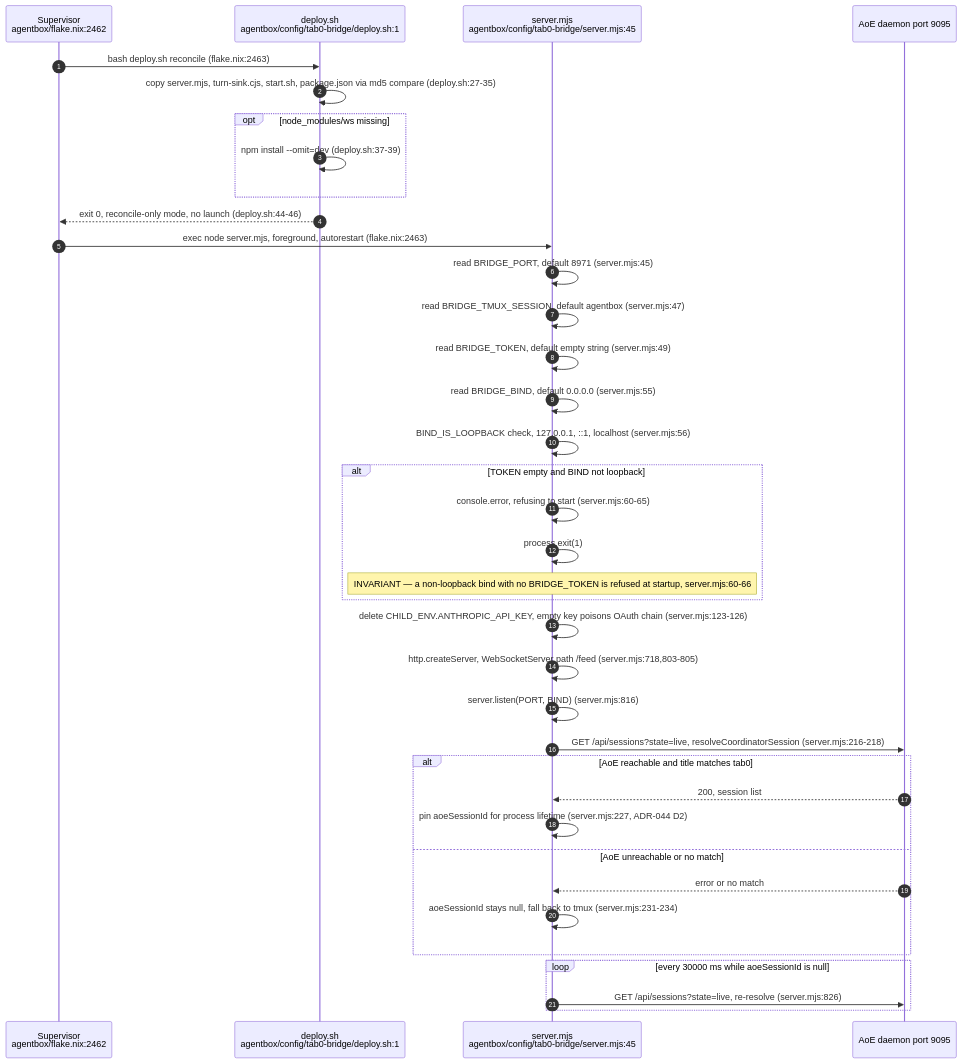
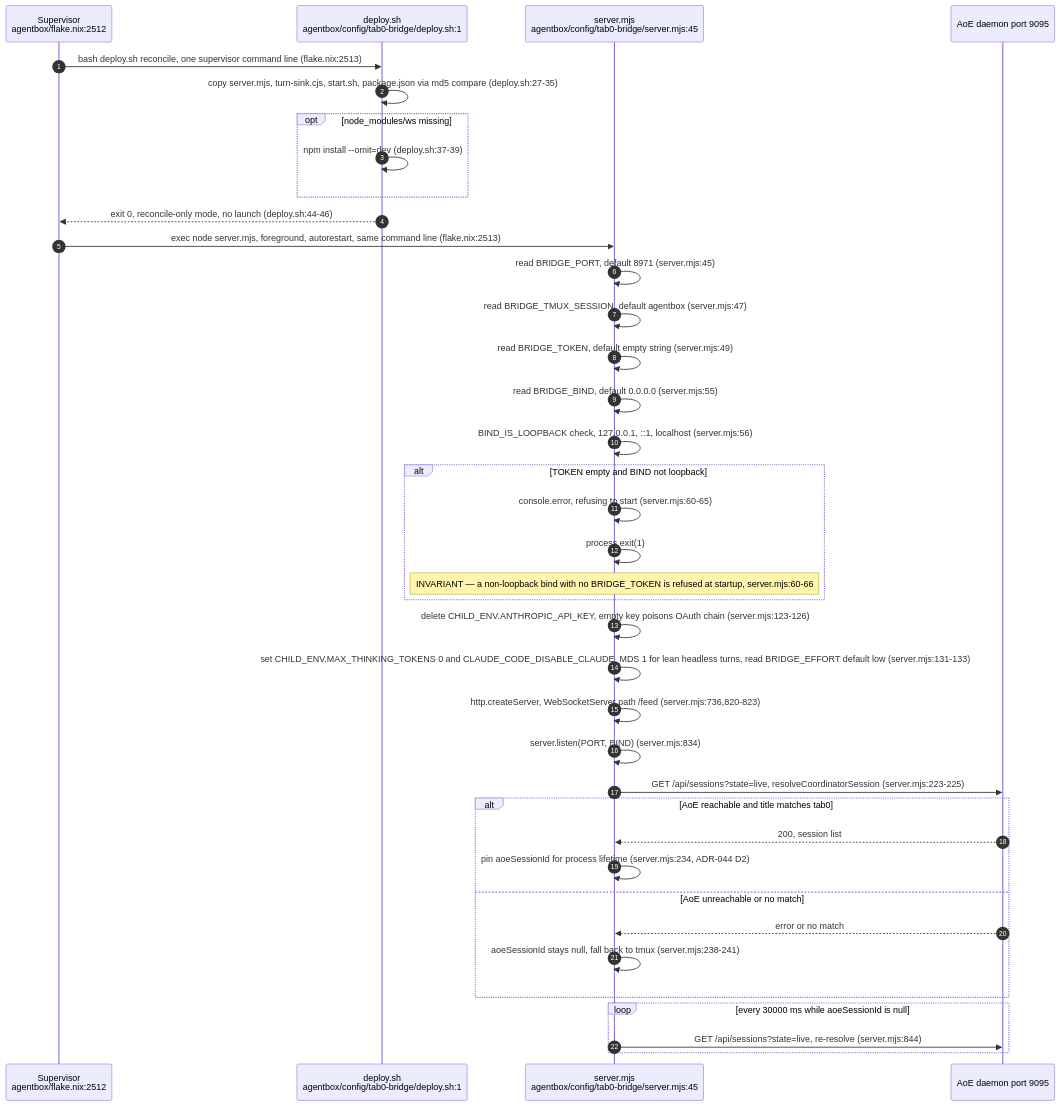
One commit to DreamLab-AI/VisionFlow changed the first of 11 diagrams in docs/diagrams/agentbox/12-tab0-bridge-and-interaction-plane.md. Above: the diagram before and after it, drawn with Mermaid. The commit also changed other lines of this file and 136 other files, not shown here.

First line of the commit message:
docs(diagrams): refresh the whole corpus to code HEAD and prune low-value diagrams

````diff
--- a/docs/diagrams/agentbox/12-tab0-bridge-and-interaction-plane.md
+++ b/docs/diagrams/agentbox/12-tab0-bridge-and-interaction-plane.md
@@ -74,40 +34,41 @@
 ```mermaid
 sequenceDiagram
     autonumber
-    participant Sup as Supervisor<br/>agentbox/flake.nix:2462
+    participant Sup as Supervisor<br/>agentbox/flake.nix:2512
     participant Dep as deploy.sh<br/>agentbox/config/tab0-bridge/deploy.sh:1
     participant Node as server.mjs<br/>agentbox/config/tab0-bridge/server.mjs:45
     participant AoEd as AoE daemon port 9095
 
-    Sup->>Dep: bash deploy.sh reconcile (flake.nix:2463)
+    Sup->>Dep: bash deploy.sh reconcile, one supervisor command line (flake.nix:2513)
     Dep->>Dep: copy server.mjs, turn-sink.cjs, start.sh, package.json via md5 compare (deploy.sh:27-35)
     opt node_modules/ws missing
         Dep->>Dep: npm install --omit=dev (deploy.sh:37-39)
     end
     Dep-->>Sup: exit 0, reconcile-only mode, no launch (deploy.sh:44-46)
-    Sup->>Node: exec node server.mjs, foreground, autorestart (flake.nix:2463)
+    Sup->>Node: exec node server.mjs, foreground, autorestart, same command line (flake.nix:2513)
     Node->>Node: read BRIDGE_PORT, default 8971 (server.mjs:45)
     Node->>Node: read BRIDGE_TMUX_SESSION, default agentbox (server.mjs:47)
     Node->>Node: read BRIDGE_TOKEN, default empty string (server.mjs:49)
     Node->>Node: read BRIDGE_BIND, default 0.0.0.0 (server.mjs:55)
     Node->>Node: BIND_IS_LOOPBACK check, 127.0.0.1, ::1, localhost (server.mjs:56)
     alt TOKEN empty and BIND not loopback
         Node->>Node: console.error, refusing to start (server.mjs:60-65)
         Node->>Node: process.exit(1)
         Note over Node: INVARIANT — a non-loopback bind with no BRIDGE_TOKEN is refused at startup, server.mjs:60-66
     end
     Node->>Node: delete CHILD_ENV.ANTHROPIC_API_KEY, empty key poisons OAuth chain (server.mjs:123-126)
-    Node->>Node: http.createServer, WebSocketServer path /feed (server.mjs:718,803-805)
-    Node->>Node: server.listen(PORT, BIND) (server.mjs:816)
-    Node->>AoEd: GET /api/sessions?state=live, resolveCoordinatorSession (server.mjs:216-218)
+    Node->>Node: set CHILD_ENV.MAX_THINKING_TOKENS 0 and CLAUDE_CODE_DISABLE_CLAUDE_MDS 1 for lean headless turns, read BRIDGE_EFFORT default low (server.mjs:131-133)
+    Node->>Node: http.createServer, WebSocketServer path /feed (server.mjs:736,820-823)
+    Node->>Node: server.listen(PORT, BIND) (server.mjs:834)
+    Node->>AoEd: GET /api/sessions?state=live, resolveCoordinatorSession (server.mjs:223-225)
     alt AoE reachable and title matches tab0
         AoEd-->>Node: 200, session list
-        Node->>Node: pin aoeSessionId for process lifetime (server.mjs:227, ADR-044 D2)
+        Node->>Node: pin aoeSessionId for process lifetime (server.mjs:234, ADR-044 D2)
     else AoE unreachable or no match
         AoEd-->>Node: error or no match
-        Node->>Node: aoeSessionId stays null, fall back to tmux (server.mjs:231-234)
+        Node->>Node: aoeSessionId stays null, fall back to tmux (server.mjs:238-241)
     end
     loop every 30000 ms while aoeSessionId is null
-        Node->>AoEd: GET /api/sessions?state=live, re-resolve (server.mjs:826)
+        Node->>AoEd: GET /api/sessions?state=live, re-resolve (server.mjs:844)
     end
 ```
````
